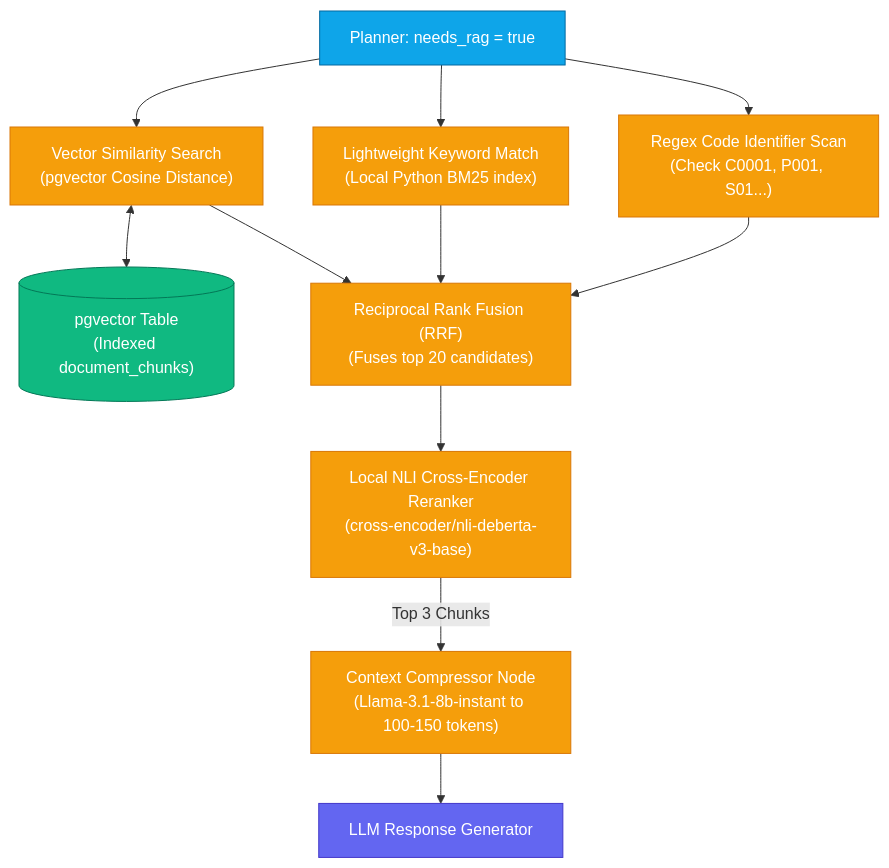
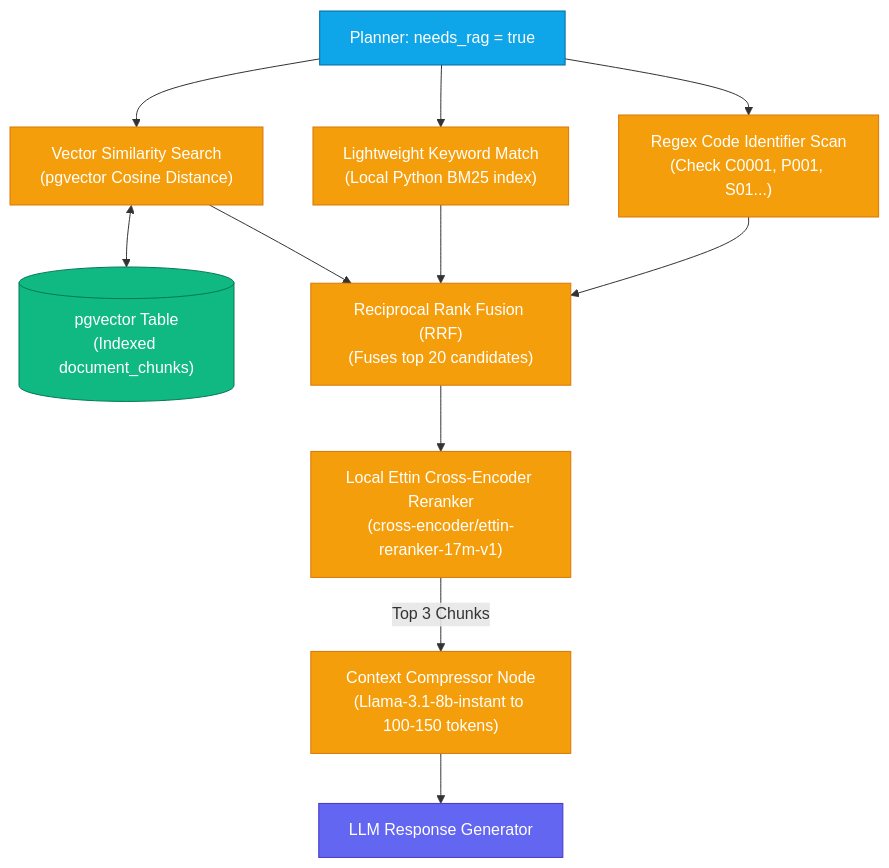
The fifth of 7 diagrams in README.md (Sahilnegi4444/Ai-Analyst-Agent), drawn with Mermaid before and after one commit. The commit also changed other lines of this file and 17 other files, not shown here.

````diff
--- a/README.md
+++ b/README.md
@@ -252,33 +252,33 @@
 ```mermaid
 graph TD
     classDef input fill:#0ea5e9,stroke:#0369a1,color:#fff;
     classDef process fill:#f59e0b,stroke:#d97706,color:#fff;
     classDef db fill:#10b981,stroke:#047857,color:#fff;
     classDef finish fill:#6366f1,stroke:#4338ca,color:#fff;
 
     RAGPlan["Planner: needs_rag = true"]:::input
     DBChunks[("pgvector Table<br/>(Indexed document_chunks)")]:::db
     
     VectorSearch["Vector Similarity Search<br/>(pgvector Cosine Distance)"]:::process
     BM25Search["Lightweight Keyword Match<br/>(Local Python BM25 index)"]:::process
     ExactMatch["Regex Code Identifier Scan<br/>(Check C0001, P001, S01...)"]:::process
     
     RRFFusion["Reciprocal Rank Fusion (RRF)<br/>(Fuses top 20 candidates)"]:::process
-    Reranker["Local NLI Cross-Encoder Reranker<br/>(cross-encoder/nli-deberta-v3-base)"]:::process
+    Reranker["Local Ettin Cross-Encoder Reranker<br/>(cross-encoder/ettin-reranker-17m-v1)"]:::process
     Compressor["Context Compressor Node<br/>(Llama-3.1-8b-instant to 100-150 tokens)"]:::process
     Generator["LLM Response Generator"]:::finish
 
     RAGPlan --> VectorSearch
     RAGPlan --> BM25Search
     RAGPlan --> ExactMatch
     
     VectorSearch <--> DBChunks
     
     VectorSearch --> RRFFusion
     BM25Search --> RRFFusion
     ExactMatch --> RRFFusion
     
     RRFFusion --> Reranker
     Reranker -->|Top 3 Chunks| Compressor
     Compressor --> Generator
 ```
````
